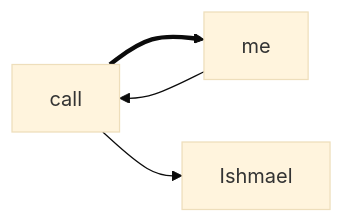
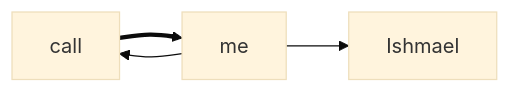
Before and after one commit to Lin511-2024/Lin511-2024.github.io: the sixth of 6 diagrams in notes/meetings/04_ngrams.qmd, drawn with Mermaid (base theme). The commit also changed other lines of this file and 13 other files, not shown here.

````diff
--- a/notes/meetings/04_ngrams.qmd
+++ b/notes/meetings/04_ngrams.qmd
@@ -315,7 +317,7 @@
 ```{mermaid}
 %% fig-align: center
 flowchart LR
 	c["call"] ==> m["me"]
 	m --> c
-	c --> i["Ishmael"]
+	m --> i["Ishmael"]
 ```
````
